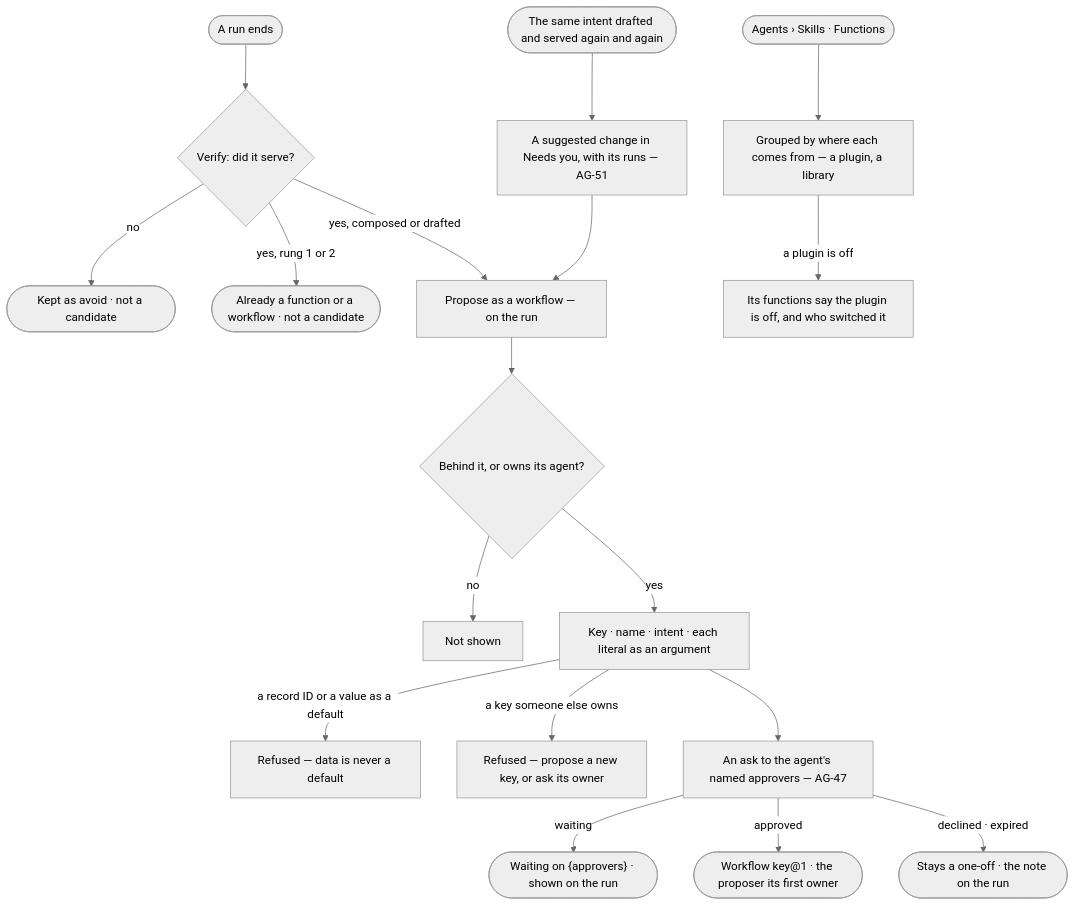
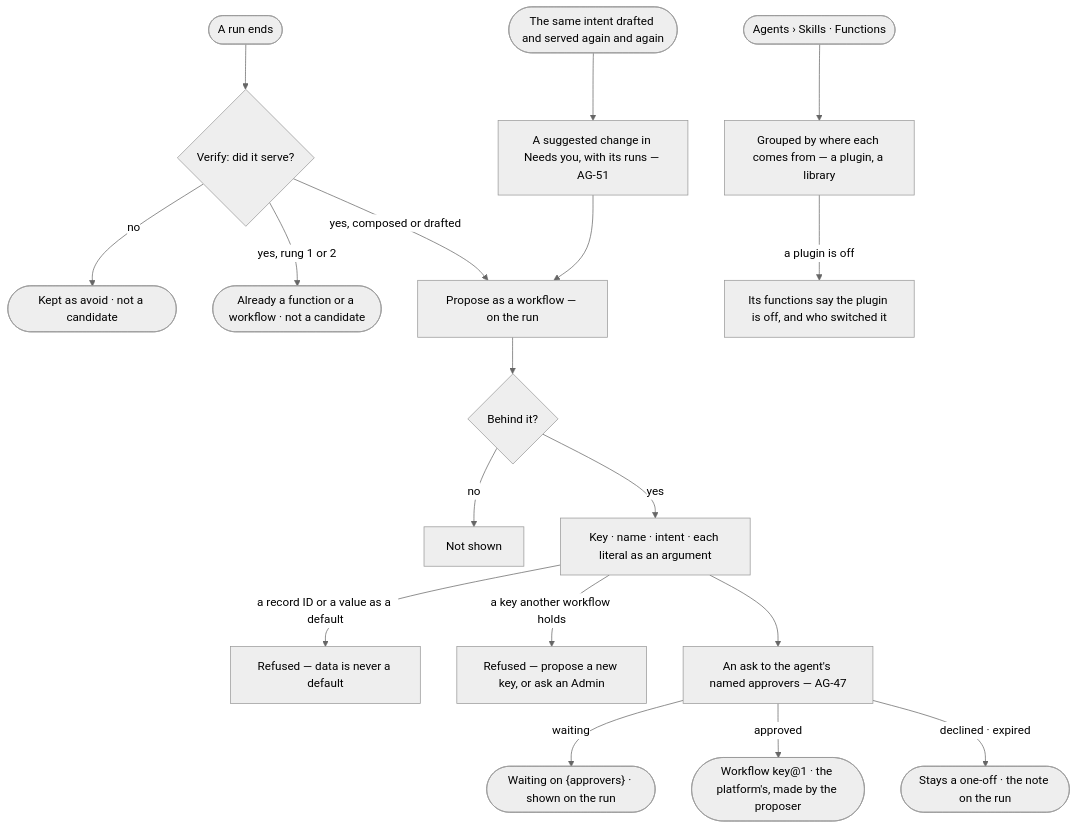
The diagram in specs/capabilities/agents/features/AG-F06-plans-and-workflows/stories/AG-31-keep-a-plan-that-served-and-see-where-each-comes-from/story.md (invana/invana), drawn with Mermaid (neutral theme) before and after one commit. The commit also changed other lines of this file and 300 other files, not shown here.

````diff
--- a/specs/capabilities/agents/features/AG-F06-plans-and-workflows/stories/AG-31-keep-a-plan-that-served-and-see-where-each-comes-from/story.md
+++ b/specs/capabilities/agents/features/AG-F06-plans-and-workflows/stories/AG-31-keep-a-plan-that-served-and-see-where-each-comes-from/story.md
@@ -29,19 +31,19 @@
 ```mermaid
 flowchart TD
   r([A run ends]) --> v{"Verify: did it serve?"}
   v -->|no| nc(["Kept as avoid · not a candidate"])
   v -->|yes, rung 1 or 2| nc2(["Already a function or a workflow · not a candidate"])
   v -->|yes, composed or drafted| c["Propose as a workflow — on the run"]
-  c --> who{"Behind it, or owns its agent?"}
+  c --> who{"Behind it?"}
   who -->|no| cx["Not shown"]
   who -->|yes| n["Key · name · intent · each literal as an argument"]
   n -->|a record ID or a value as a default| dx["Refused — data is never a default"]
-  n -->|a key someone else owns| kx["Refused — propose a new key, or ask its owner"]
+  n -->|a key another workflow holds| kx["Refused — propose a new key, or ask an Admin"]
   n --> ask["An ask to the agent's named approvers — AG-47"]
   ask -->|waiting| w(["Waiting on {approvers} · shown on the run"])
-  ask -->|approved| v1(["Workflow key@1 · the proposer its first owner"])
+  ask -->|approved| v1(["Workflow key@1 · the platform's, made by the proposer"])
   ask -->|declined · expired| d(["Stays a one-off · the note on the run"])
   ev([The same intent drafted and served again and again]) --> sc["A suggested change in Needs you, with its runs — AG-51"] --> c
   t([Agents › Skills · Functions]) --> src["Grouped by where each comes from — a plugin, a library"]
   src -->|a plugin is off| off["Its functions say the plugin is off, and who switched it"]
 ```
````
